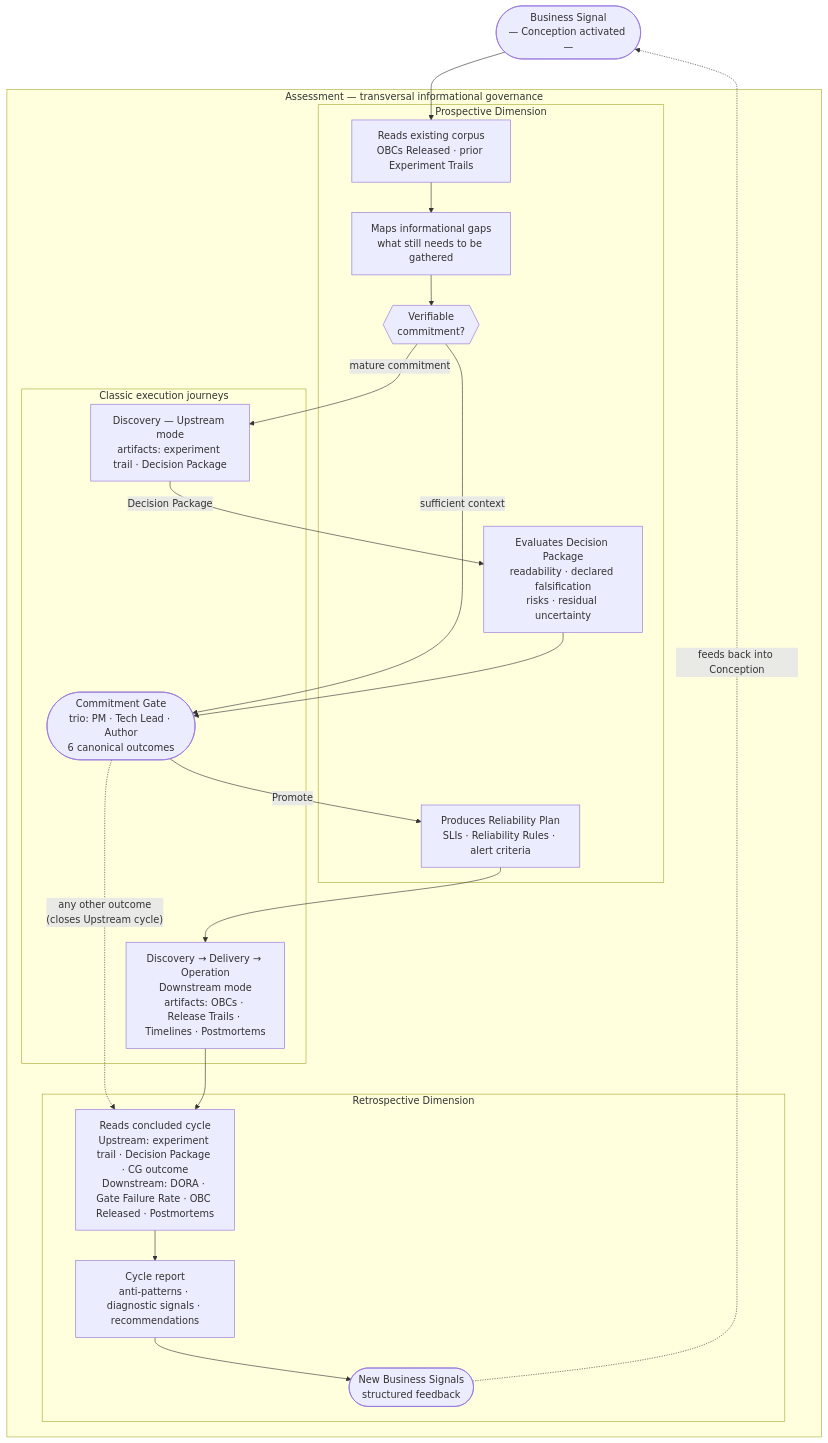
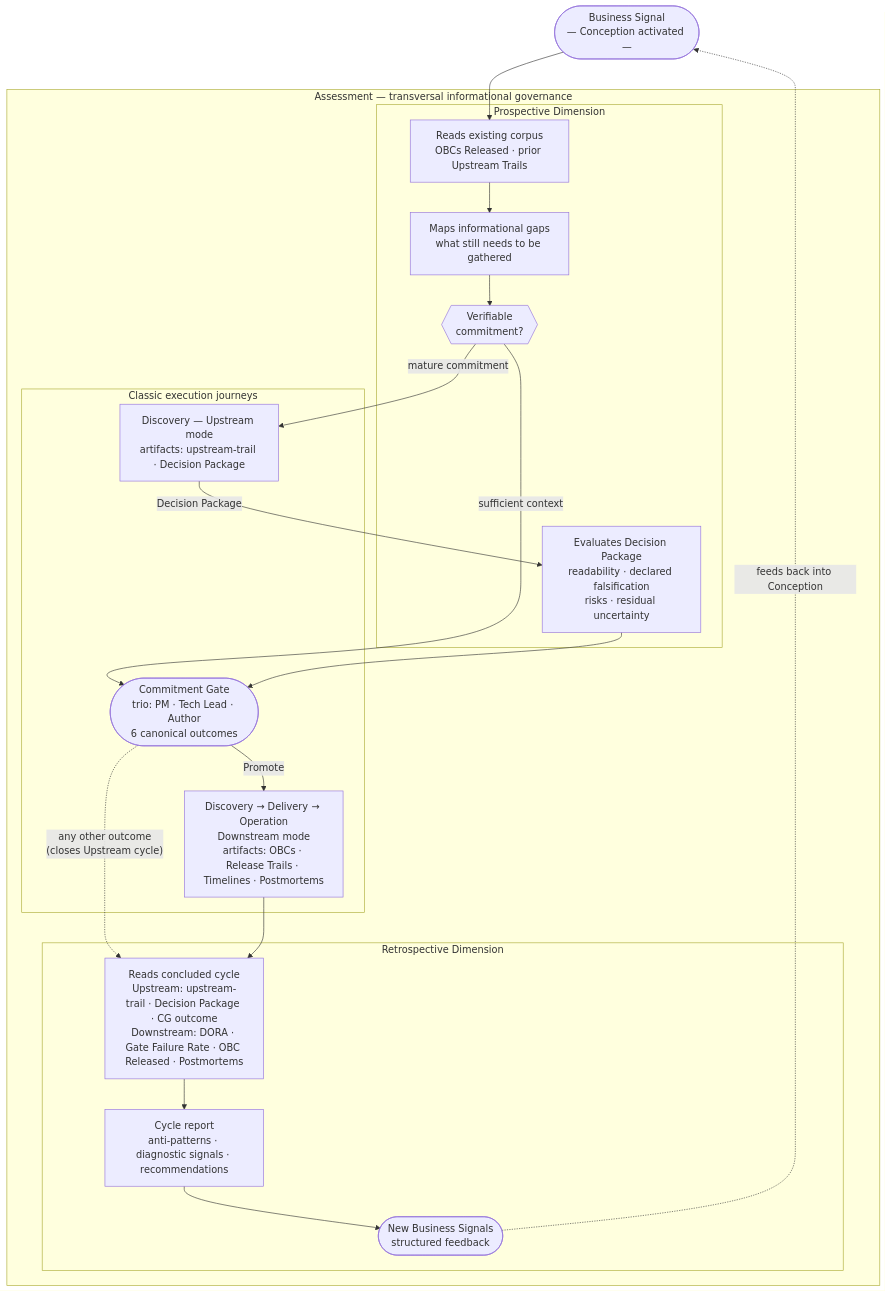
The fourth of 4 diagrams in en/chapter-04.md (produtoreativo/from-intent-to-outcome), drawn with Mermaid before and after one commit. The commit also changed other lines of this file and 1 other file, not shown here.

Commit message:
fix(cap04): ciclo 8 bloco 1 — 5 inconsistências resolvidas (issue #13)
Correções diretas (PT+EN):
- "experiment trail" / "Experiment Trails" → "upstream-trail" /
  "Upstream Trails" em todas as ocorrências (texto corrido, tabela e
  três nós de diagrama, incluindo R1 que havia escapado)
- Discovery WIP movido da lista de fontes Downstream para Upstream,
  onde é definido (Cap. 5 e Cap. 8)
- "Product Backlog (fluxo local)" → "PIB — Product Intent Backlog
  (fluxo local)"

Item 7 — OBC Draft do EXP-007 (PT+EN):
- Parágrafo reescrito para explicitar que o OBC Draft de
  payment-composition nasceu com a promoção do Business Signal a
  Business Intent, antes do experimento ser aberto; o EXP-007 operou
  sobre ele, não o criou

Item 9 — Reliability Plan (PT+EN):
- Nó RP removido do subgraph Dimensão Prospectiva no diagrama do Cap. 4
- Conexões CG → RP → DWN substituídas por CG → DWN
- Remove a implicação de que o Reliability Plan é produzido num momento
  fixo entre o Commitment Gate e o Downstream; o texto da linha 100
  já descreve corretamente a flexibilidade de momento de produção

````diff
--- a/en/chapter-04.md
+++ b/en/chapter-04.md
@@ -188,43 +188,41 @@
 ```mermaid
 graph TD
     BS(["Business Signal\n— Conception activated —"])
 
     subgraph ASSESSMENT["Assessment — transversal informational governance"]
 
         subgraph PROSP["Prospective Dimension"]
-            C1["Reads existing corpus\nOBCs Released · prior Experiment Trails"]
+            C1["Reads existing corpus\nOBCs Released · prior Upstream Trails"]
             C2["Maps informational gaps\nwhat still needs to be gathered"]
             C3{{"Verifiable\ncommitment?"}}
             DPEVAL["Evaluates Decision Package\nreadability · declared falsification\nrisks · residual uncertainty"]
-            RP["Produces Reliability Plan\nSLIs · Reliability Rules · alert criteria"]
         end
 
         subgraph EXEC["Classic execution journeys"]
-            UP["Discovery — Upstream mode\nartifacts: experiment trail · Decision Package"]
+            UP["Discovery — Upstream mode\nartifacts: upstream-trail · Decision Package"]
             CG(["Commitment Gate\ntrio: PM · Tech Lead · Author\n6 canonical outcomes"])
             DWN["Discovery → Delivery → Operation\nDownstream mode\nartifacts: OBCs · Release Trails · Timelines · Postmortems"]
         end
 
         subgraph RETRO["Retrospective Dimension"]
-            R1["Reads concluded cycle\nUpstream: experiment trail · Decision Package · CG outcome\nDownstream: DORA · Gate Failure Rate · OBC Released · Postmortems"]
+            R1["Reads concluded cycle\nUpstream: upstream-trail · Decision Package · CG outcome\nDownstream: DORA · Gate Failure Rate · OBC Released · Postmortems"]
             R2["Cycle report\nanti-patterns · diagnostic signals · recommendations"]
             R3(["New Business Signals\nstructured feedback"])
         end
 
     end
 
     BS --> C1
     C1 --> C2
     C2 --> C3
     C3 -->|"sufficient context"| CG
     C3 -->|"mature commitment"| UP
     UP -->|"Decision Package"| DPEVAL
     DPEVAL --> CG
-    CG -->|"Promote"| RP
-    RP --> DWN
+    CG -->|"Promote"| DWN
     CG -.->|"any other outcome\n(closes Upstream cycle)"| R1
     DWN --> R1
     R1 --> R2
     R2 --> R3
     R3 -.->|"feeds back into Conception"| BS
 ```
````
